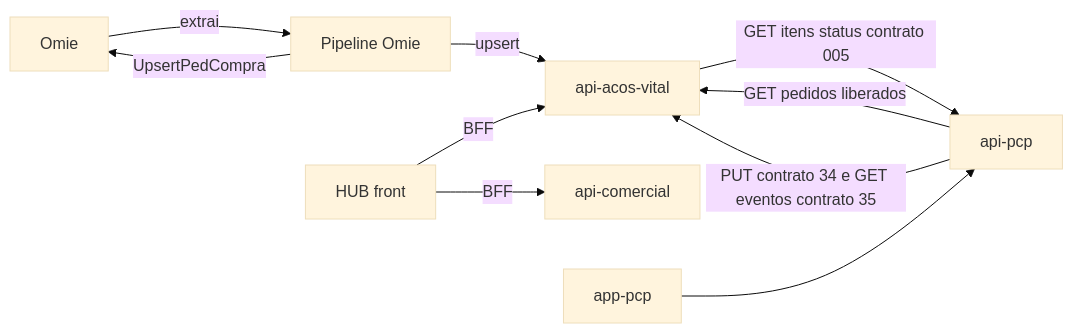
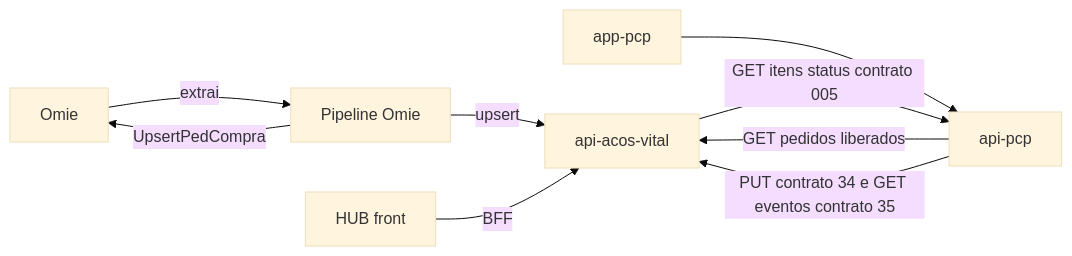
The diagram in 01-Projeto/Sistemas-e-Responsabilidades.md (Acosvital/vault-avhub-mer), drawn with Mermaid (base theme) before and after one commit. The commit also changed other lines of this file and 125 other files, not shown here.

````diff
--- a/01-Projeto/Sistemas-e-Responsabilidades.md
+++ b/01-Projeto/Sistemas-e-Responsabilidades.md
@@ -39,19 +39,17 @@
 ```mermaid
 flowchart LR
     OMIE["Omie"]
     PIPE["Pipeline Omie"]
     API["api-acos-vital"]
     HUB["HUB front"]
-    COM["api-comercial"]
     MESB["api-pcp"]
     MESF["app-pcp"]
     OMIE -->|"extrai"| PIPE
     PIPE -->|"upsert"| API
     PIPE -->|"UpsertPedCompra"| OMIE
     HUB -->|"BFF"| API
-    HUB -->|"BFF"| COM
     MESF --> MESB
     MESB -->|"GET pedidos liberados"| API
     MESB -->|"PUT contrato 34 e GET eventos contrato 35"| API
     API -->|"GET itens status contrato 005"| MESB
 ```
````
